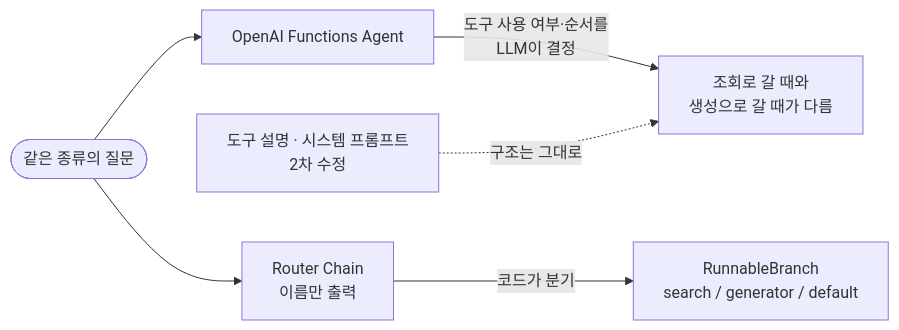
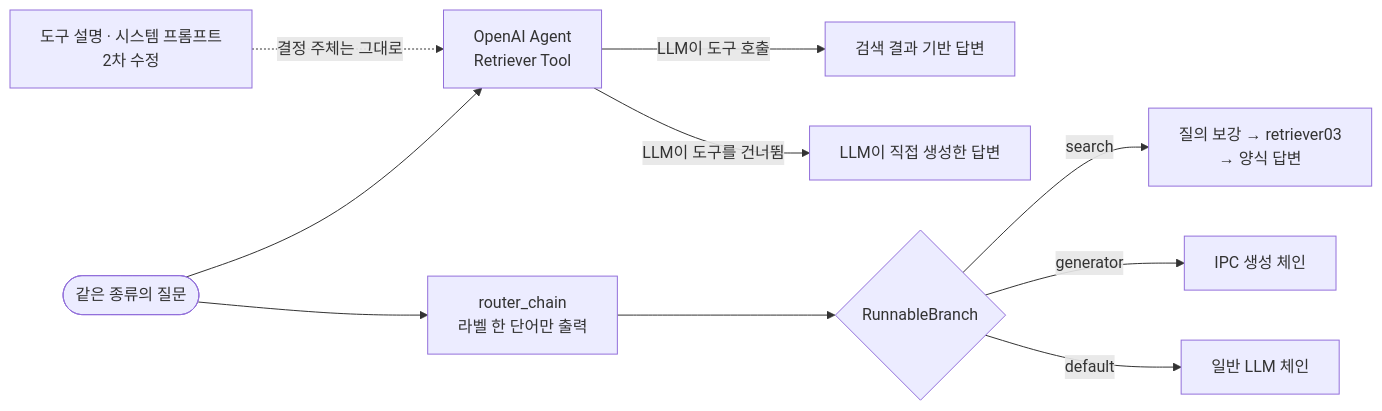
The second of 4 diagrams in README.md (SunWoo1213/Patent_Classification), drawn with Mermaid before and after one commit. The commit also changed other lines of this file, not shown here.

````diff
--- a/README.md
+++ b/README.md
@@ -108,8 +105,12 @@
 ```mermaid
 flowchart LR
-  Q([같은 종류의 질문]) --> AG[OpenAI Functions Agent]
-  AG -->|도구 사용 여부·순서를<br/>LLM이 결정| V[조회로 갈 때와<br/>생성으로 갈 때가 다름]
-  P[도구 설명 · 시스템 프롬프트<br/>2차 수정] -.->|구조는 그대로| V
-  Q --> R[Router Chain<br/>이름만 출력]
-  R -->|코드가 분기| B["RunnableBranch<br/>search / generator / default"]
+  Q(["같은 종류의 질문"]) --> AG["OpenAI Agent<br/>Retriever Tool"]
+  AG -->|"LLM이 도구 호출"| T["검색 결과 기반 답변"]
+  AG -->|"LLM이 도구를 건너뜀"| G["LLM이 직접 생성한 답변"]
+  P["도구 설명 · 시스템 프롬프트<br/>2차 수정"] -.->|"결정 주체는 그대로"| AG
+  Q --> R["router_chain<br/>라벨 한 단어만 출력"]
+  R --> B{"RunnableBranch"}
+  B -->|search| S["질의 보강 → retriever03<br/>→ 양식 답변"]
+  B -->|generator| GN["IPC 생성 체인"]
+  B -->|default| D["일반 LLM 체인"]
 ```
````
